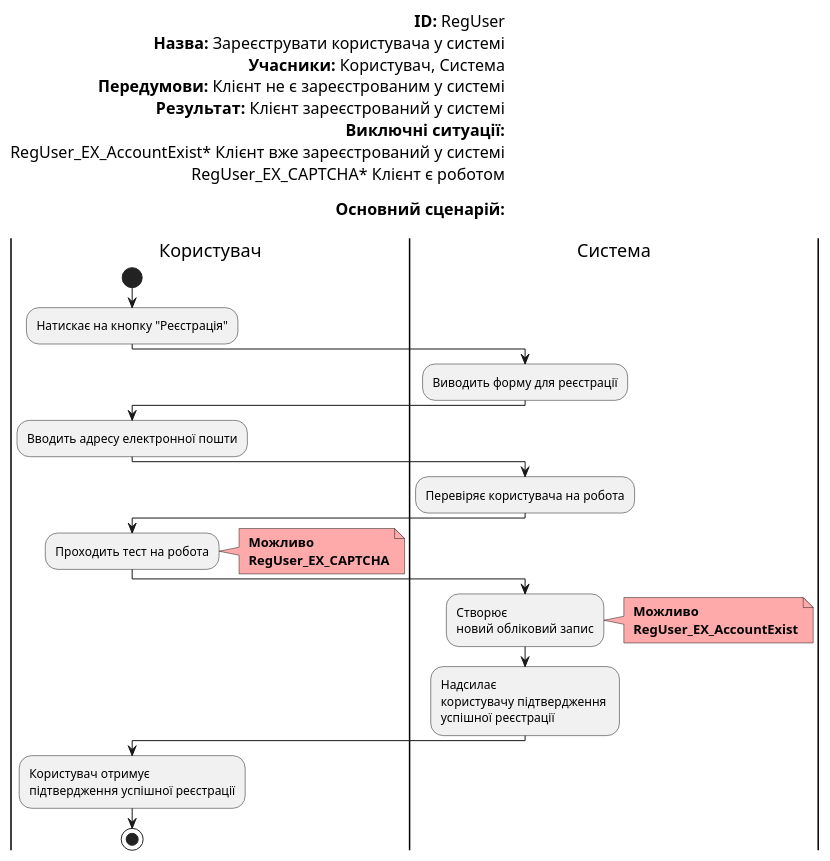
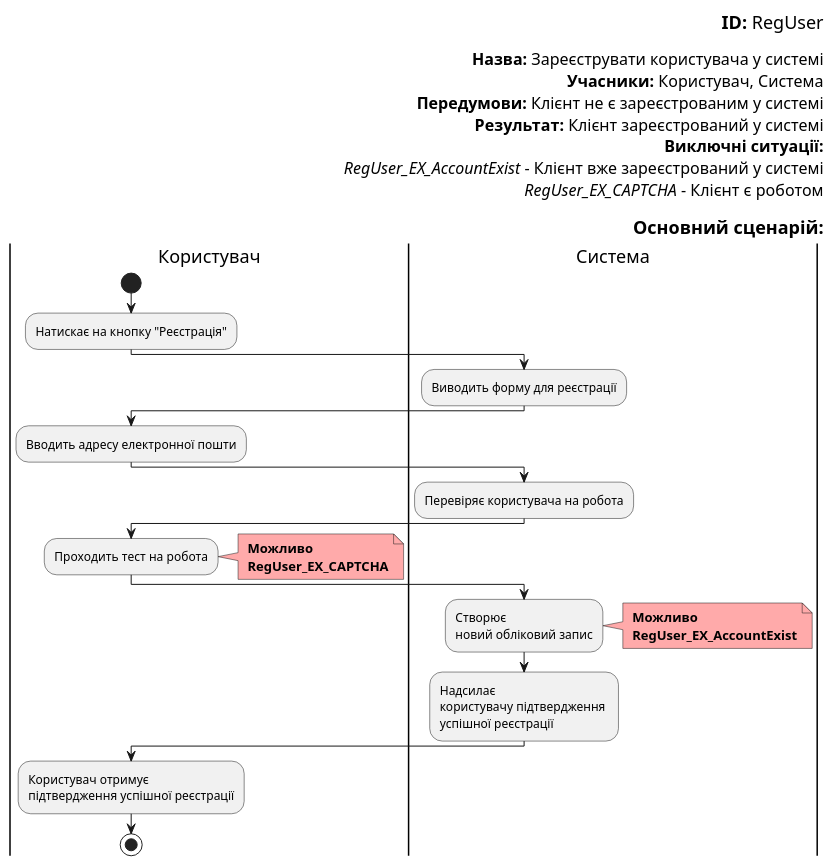
Before and after one commit to boldak/edu-db-cw: the sixth of 19 diagrams in docs/use cases/README.md, drawn with PlantUML. The commit also changed other lines of this file, not shown here.

```diff
--- a/docs/use cases/README.md
+++ b/docs/use cases/README.md
@@ -272,54 +272,54 @@
 @startuml
 
-    left header        
-        <font color=000 size=16><b>ID:</b> RegUser
+    right header        
+        <font color=000 size=18><b>ID:</b> RegUser
+
         <font color=000 size=16><b>Назва:</b> Зареєструвати користувача у системі
         <font color=000 size=16><b>Учасники:</b> Користувач, Система
         <font color=000 size=16><b>Передумови:</b> Клієнт не є зареєстрованим у системі
         <font color=000 size=16><b>Результат:</b> Клієнт зареєстрований у системі
         <font color=000 size=16><b>Виключні ситуації:</b>
-        <font color=000 size=16> RegUser_EX_AccountExist* Клієнт вже зареєстрований у системі
-        <font color=000 size=16> RegUser_EX_CAPTCHA* Клієнт є роботом
+        <font color=000 size=16><i>RegUser_EX_AccountExist</i> - Клієнт вже зареєстрований у системі
+        <font color=000 size=16><i>RegUser_EX_CAPTCHA</i> - Клієнт є роботом
         
-        <font color=000 size=16><b>Основний сценарій:</b>
-        
+        <font color=000 size=18><b>Основний сценарій:</b>
     end header
 
     |Користувач|
         start
         :Натискає на кнопку "Реєстрація";
         
     |Система|
         :Виводить форму для реєстрації;
         
     |Користувач|
         :Вводить адресу електронної пошти;
         
     |Система|
         :Перевіряє користувача на робота;
         
     |Користувач|
         :Проходить тест на робота;
         note right #ffaaaa
         <b> Можливо
         <b> RegUser_EX_CAPTCHA
         end note
         
     |Система|
         :Створює 
         новий обліковий запис;
         note right #ffaaaa
         <b> Можливо
         <b> RegUser_EX_AccountExist
         end note
         
         :Надсилає
         користувачу підтвердження 
         успішної реєстрації;
         
     |Користувач|
         :Користувач отримує 
         підтвердження успішної реєстрації;
         stop;
 
 @enduml
```
